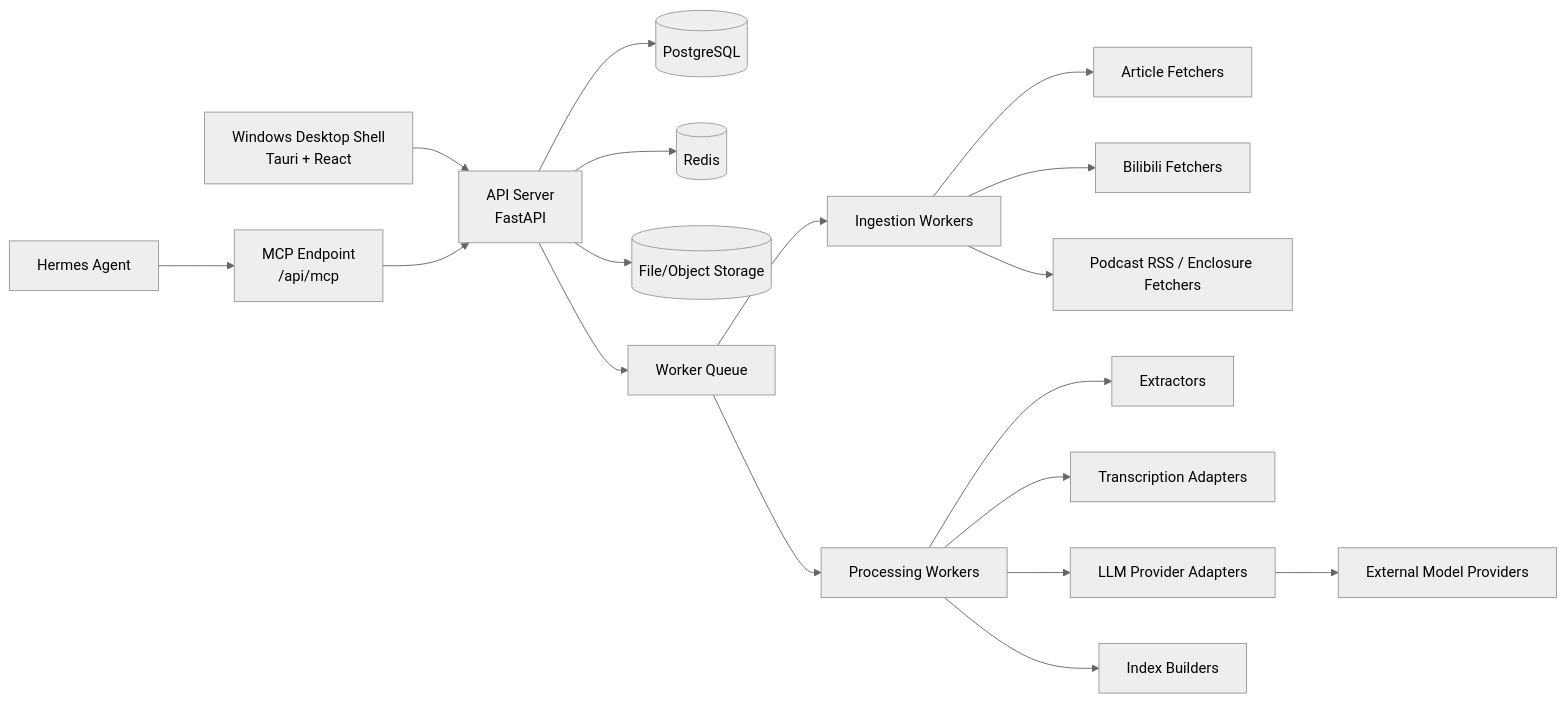
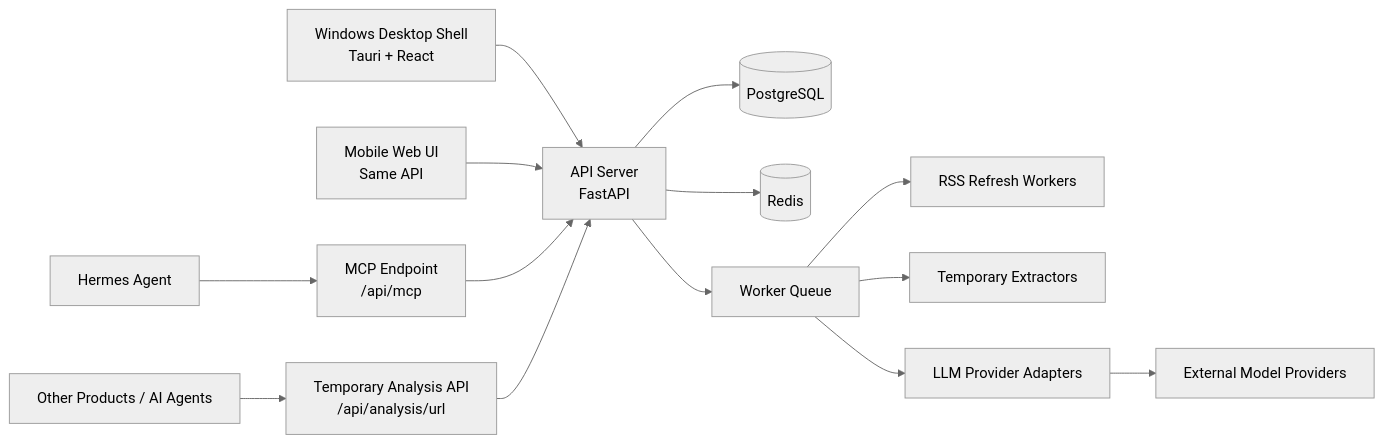
The first of 5 diagrams in docs/architecture_v1.md (Wh1te0ne/OneRadar), drawn with Mermaid (neutral theme) before and after one commit. The commit also changed other lines of this file and 21 other files, not shown here.

Commit message:
Refocus OneRadar on news radar and analysis API

````diff
--- a/docs/architecture_v1.md
+++ b/docs/architecture_v1.md
@@ -35,20 +35,16 @@
 ```mermaid
 flowchart LR
   UI[Windows Desktop Shell\nTauri + React] --> API[API Server\nFastAPI]
+  MOBILE[Mobile Web UI\nSame API] --> API
   HERMES[Hermes Agent] --> MCP[MCP Endpoint\n/api/mcp]
+  CLIENTS[Other Products / AI Agents] --> ANA[Temporary Analysis API\n/api/analysis/url]
   MCP --> API
+  ANA --> API
   API --> PG[(PostgreSQL)]
   API --> REDIS[(Redis)]
-  API --> OBJ[(File/Object Storage)]
   API --> W[Worker Queue]
-  W --> ING[Ingestion Workers]
-  W --> PROC[Processing Workers]
-  ING --> SRC1[Article Fetchers]
-  ING --> SRC2[Bilibili Fetchers]
-  ING --> SRC3[Podcast RSS / Enclosure Fetchers]
-  PROC --> EX[Extractors]
-  PROC --> TR[Transcription Adapters]
-  PROC --> AI[LLM Provider Adapters]
-  PROC --> IX[Index Builders]
-  AI --> EXT[External Model Providers]
+  W --> RSS[RSS Refresh Workers]
+  W --> EX[Temporary Extractors]
+  W --> AI[LLM Provider Adapters]
+  AI --> PROVIDERS[External Model Providers]
 ```
````
